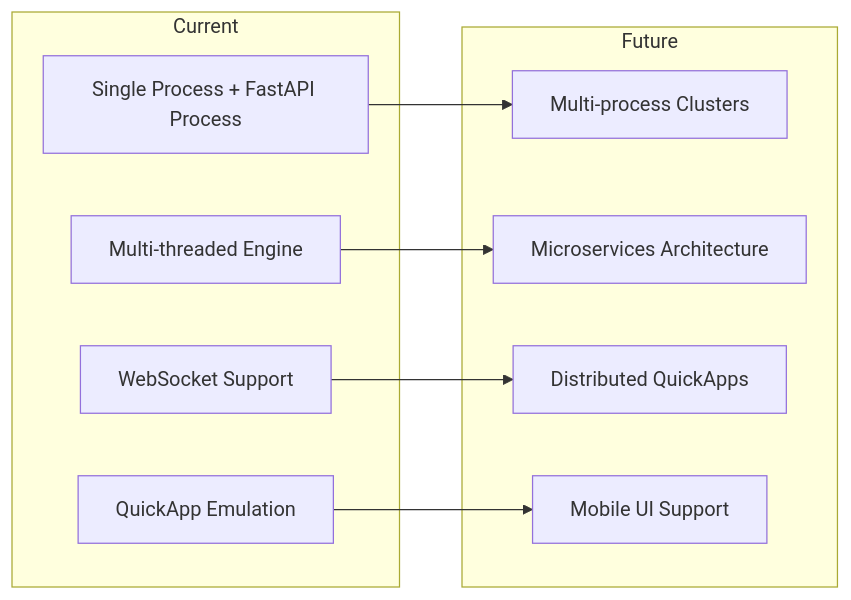
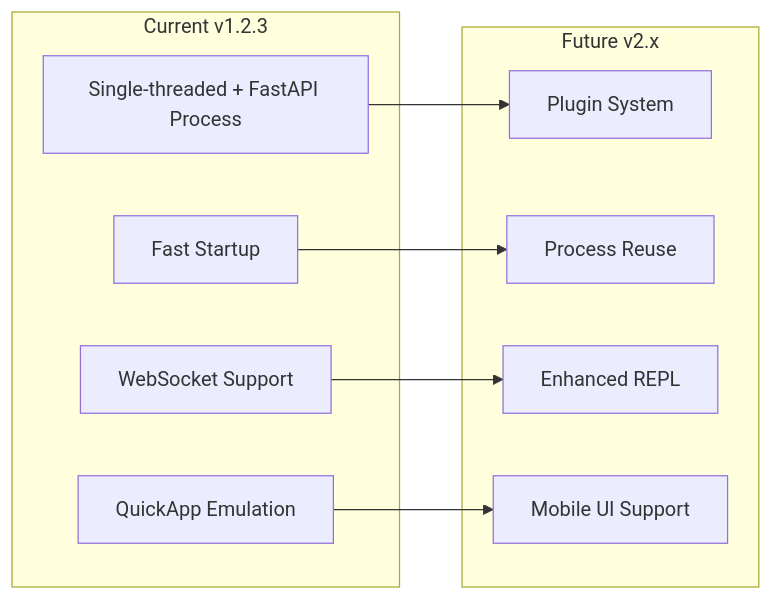
Before and after one commit to jangabrielsson/plua: diagram 17 of 17 in ARCHITECTURE.md, drawn with Mermaid. The commit also changed other lines of this file and 2 other files, not shown here.

````diff
--- a/ARCHITECTURE.md
+++ b/ARCHITECTURE.md
@@ -716,21 +658,21 @@
 ```mermaid
 graph LR
-    subgraph "Current"
-        SINGLE[Single Process + FastAPI Process]
-        THREADS[Multi-threaded Engine]
+    subgraph "Current v1.2.3"
+        SINGLE[Single-threaded + FastAPI Process]
+        FAST_STARTUP[Fast Startup]
         WEBSOCKET[WebSocket Support]
         QUICKAPP[QuickApp Emulation]
     end
     
-    subgraph "Future"
-        CLUSTER[Multi-process Clusters]
-        MICROSERVICES[Microservices Architecture]
-        DISTRIBUTED[Distributed QuickApps]
-        MOBILE[Mobile UI Support]
+    subgraph "Future v2.x"
+        PLUGIN_SYS[Plugin System]
+        PROCESS_REUSE[Process Reuse]
+        ENHANCED_REPL[Enhanced REPL]
+        MOBILE_UI[Mobile UI Support]
     end
     
-    SINGLE --> CLUSTER
-    THREADS --> MICROSERVICES
-    WEBSOCKET --> DISTRIBUTED
-    QUICKAPP --> MOBILE
+    SINGLE --> PLUGIN_SYS
+    FAST_STARTUP --> PROCESS_REUSE
+    WEBSOCKET --> ENHANCED_REPL
+    QUICKAPP --> MOBILE_UI
 ```
````
